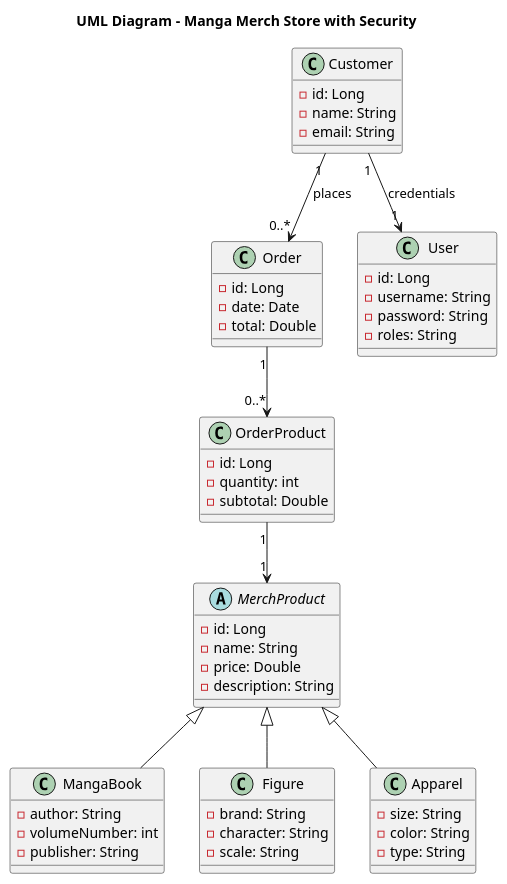
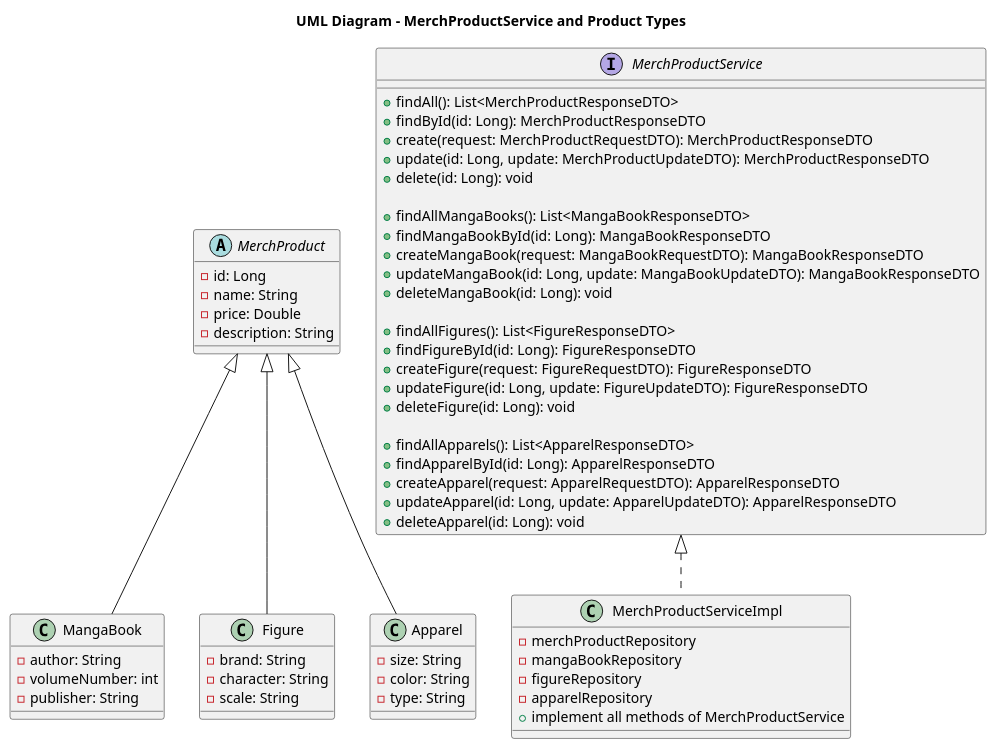
One commit to Ramix76/Ecommerce changed the diagram in ecommerce/docs/ClassDiagram.puml. Above: the diagram before and after it, drawn with PlantUML. The commit also changed 18 other files, not shown here.

```diff
--- a/ecommerce/docs/ClassDiagram.puml
+++ b/ecommerce/docs/ClassDiagram.puml
@@ -1,63 +1,75 @@
 @startuml
-title UML Diagram - Manga Merch Store with Security
+title UML Diagram - MerchProductService and Product Types
 
+' ----- Product hierarchy -----
 abstract class MerchProduct {
   - id: Long
   - name: String
   - price: Double
   - description: String
 }
 
 class MangaBook {
   - author: String
   - volumeNumber: int
   - publisher: String
 }
 
 class Figure {
   - brand: String
   - character: String
   - scale: String
 }
 
 class Apparel {
   - size: String
   - color: String
   - type: String
 }
 
-class Customer {
-  - id: Long
-  - name: String
-  - email: String
-}
-
-class Order {
-  - id: Long
-  - date: Date
-  - total: Double
-}
-
-class OrderProduct {
-  - id: Long
-  - quantity: int
-  - subtotal: Double
-}
-
-class User {
-  - id: Long
-  - username: String
-  - password: String
-  - roles: String
-}
-
 MerchProduct <|-- MangaBook
 MerchProduct <|-- Figure
 MerchProduct <|-- Apparel
 
-Customer "1" --> "0..*" Order : places
-Order "1" --> "0..*" OrderProduct
-OrderProduct "1" --> "1" MerchProduct
+' ----- Service -----
+interface MerchProductService {
+    + findAll(): List<MerchProductResponseDTO>
+    + findById(id: Long): MerchProductResponseDTO
+    + create(request: MerchProductRequestDTO): MerchProductResponseDTO
+    + update(id: Long, update: MerchProductUpdateDTO): MerchProductResponseDTO
+    + delete(id: Long): void
 
-Customer "1" --> "1" User : credentials
+    ' MangaBook specific
+    + findAllMangaBooks(): List<MangaBookResponseDTO>
+    + findMangaBookById(id: Long): MangaBookResponseDTO
+    + createMangaBook(request: MangaBookRequestDTO): MangaBookResponseDTO
+    + updateMangaBook(id: Long, update: MangaBookUpdateDTO): MangaBookResponseDTO
+    + deleteMangaBook(id: Long): void
+
+    ' Figure specific
+    + findAllFigures(): List<FigureResponseDTO>
+    + findFigureById(id: Long): FigureResponseDTO
+    + createFigure(request: FigureRequestDTO): FigureResponseDTO
+    + updateFigure(id: Long, update: FigureUpdateDTO): FigureResponseDTO
+    + deleteFigure(id: Long): void
+
+    ' Apparel specific
+    + findAllApparels(): List<ApparelResponseDTO>
+    + findApparelById(id: Long): ApparelResponseDTO
+    + createApparel(request: ApparelRequestDTO): ApparelResponseDTO
+    + updateApparel(id: Long, update: ApparelUpdateDTO): ApparelResponseDTO
+    + deleteApparel(id: Long): void
+}
+
+' ----- Implementation -----
+class MerchProductServiceImpl {
+    - merchProductRepository
+    - mangaBookRepository
+    - figureRepository
+    - apparelRepository
+    + implement all methods of MerchProductService
+}
+
+MerchProductService <|.. MerchProductServiceImpl
+
 @enduml
```
